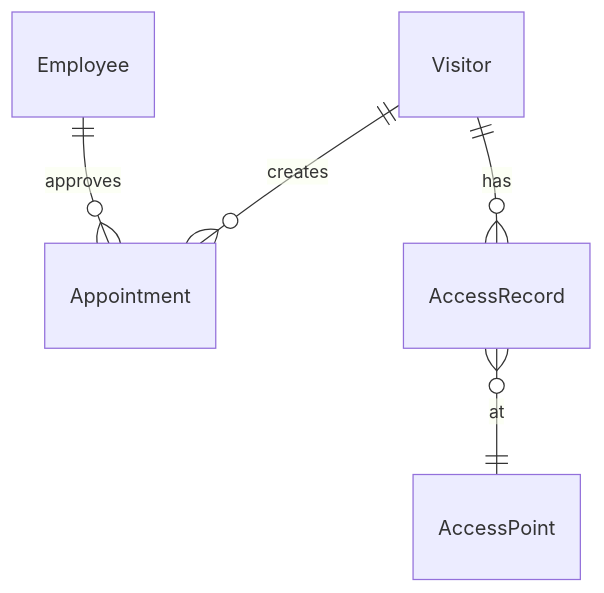
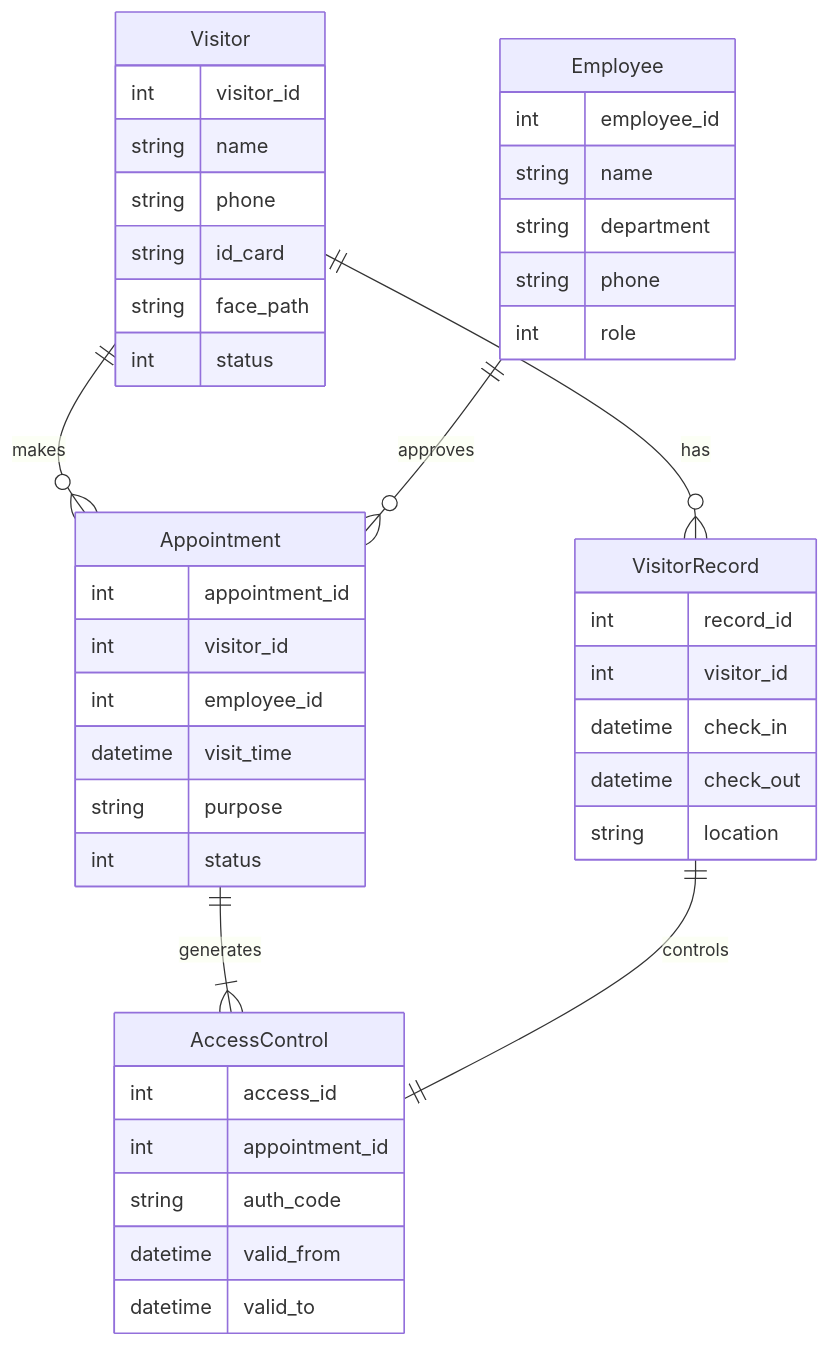
The first of 3 diagrams in devel/outlinedesign.md (yuhaibao39/n8ndeploy), drawn with Mermaid before and after one commit. The commit also changed other lines of this file, not shown here.

````diff
--- a/devel/outlinedesign.md
+++ b/devel/outlinedesign.md
@@ -56,7 +25,50 @@
 ```mermaid
 erDiagram
-    Visitor ||--o{ Appointment : creates
+    Visitor ||--o{ Appointment : makes
+    Visitor ||--o{ VisitorRecord : has
     Employee ||--o{ Appointment : approves
-    Visitor ||--o{ AccessRecord : has
-    AccessRecord }o--|| AccessPoint : at
+    Appointment ||--|{ AccessControl : generates
+    VisitorRecord ||--|| AccessControl : controls
+    
+    Visitor {
+        int visitor_id
+        string name
+        string phone
+        string id_card
+        string face_path
+        int status
+    }
+    
+    Appointment {
+        int appointment_id
+        int visitor_id
+        int employee_id
+        datetime visit_time
+        string purpose
+        int status
+    }
+    
+    Employee {
+        int employee_id
+        string name
+        string department
+        string phone
+        int role
+    }
+    
+    VisitorRecord {
+        int record_id
+        int visitor_id
+        datetime check_in
+        datetime check_out
+        string location
+    }
+    
+    AccessControl {
+        int access_id
+        int appointment_id
+        string auth_code
+        datetime valid_from
+        datetime valid_to
+    }
 ```
````
